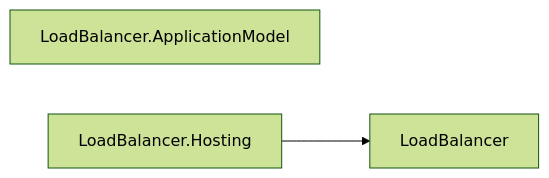
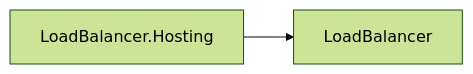
One commit to assimalign/cohesion changed diagram 18 of 27 in docs/DEPENDENCIES.md. Above: the diagram before and after it, drawn with Mermaid (forest theme). The commit also changed other lines of this file and 441 other files, not shown here.

````diff
--- a/docs/DEPENDENCIES.md
+++ b/docs/DEPENDENCIES.md
@@ -769,7 +753,6 @@
 ```mermaid
 flowchart LR
     N0["LoadBalancer"]
-    N1["LoadBalancer.ApplicationModel"]
-    N2["LoadBalancer.Hosting"]
-    N2 --> N0
+    N1["LoadBalancer.Hosting"]
+    N1 --> N0
 ```
````
